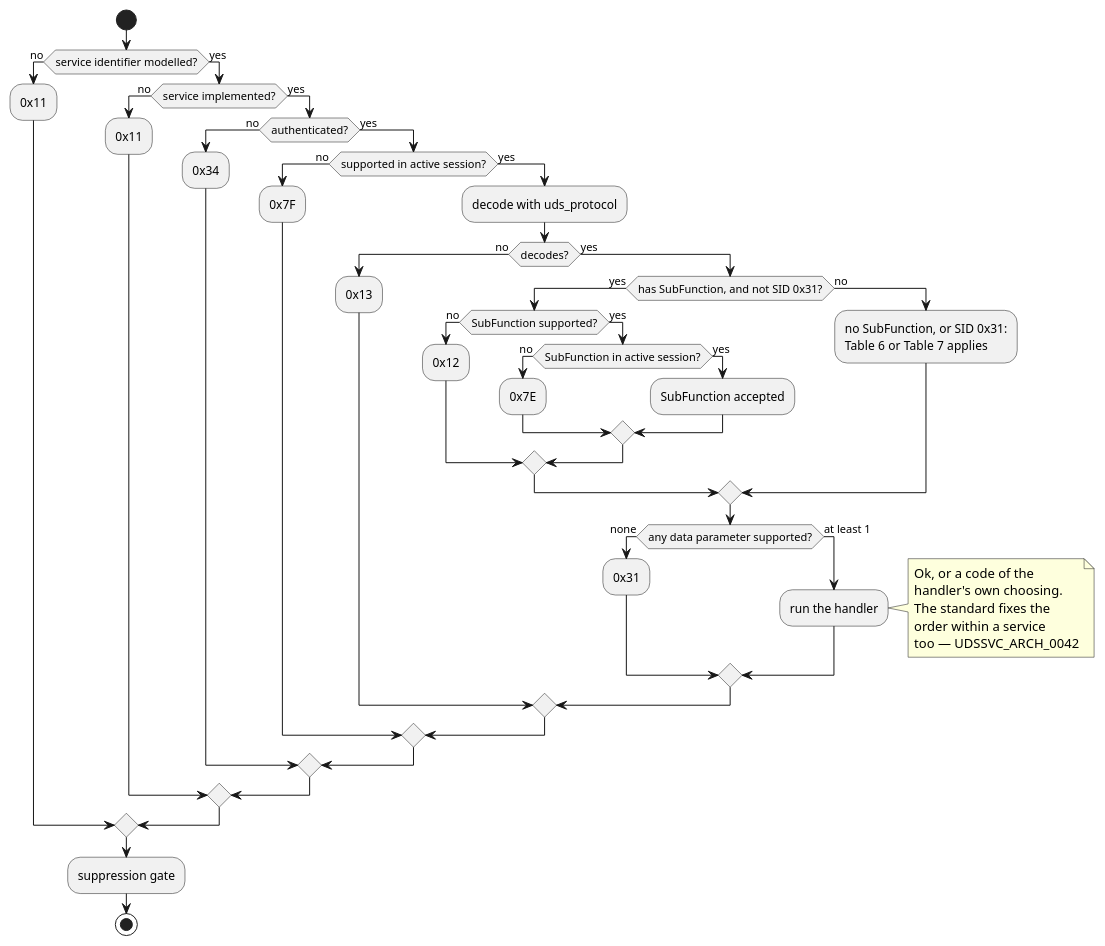
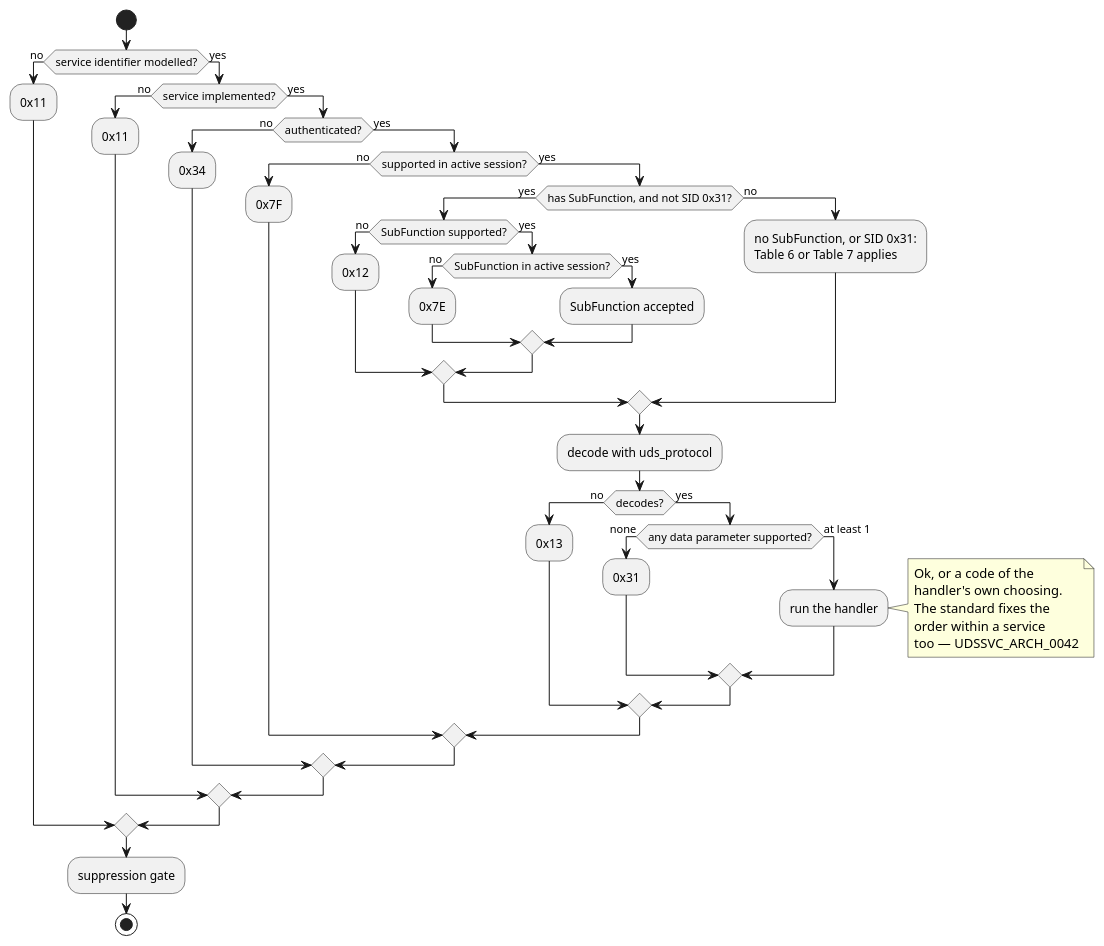
The second of 3 diagrams in docs/architecture/dispatch.rst (luminartech/uds_stack), drawn with PlantUML before and after one commit. The commit also changed other lines of this file and 2 other files, not shown here.

Commit message:
docs: state that step is not cancel-safe (#19) and fix the cascade diagram

```diff
--- a/docs/architecture/dispatch.rst
+++ b/docs/architecture/dispatch.rst
@@ -72,57 +72,57 @@
 .. uml::
    :align: center
    :caption: The mandatory path. Optional and manufacturer-specific checks
              (``UDSSVC_ARCH_0011``) are omitted; each attaches at a stated position.
 
    @startuml
    start
    if (service identifier modelled?) then (no)
      :0x11; <<negative>>
    else (yes)
      if (service implemented?) then (no)
        :0x11; <<negative>>
      else (yes)
        if (authenticated?) then (no)
          :0x34; <<negative>>
        else (yes)
          if (supported in active session?) then (no)
            :0x7F; <<negative>>
          else (yes)
+           if (has SubFunction, and not SID 0x31?) then (yes)
+             if (SubFunction supported?) then (no)
+               :0x12; <<negative>>
+             else (yes)
+               if (SubFunction in active session?) then (no)
+                 :0x7E; <<negative>>
+               else (yes)
+                 :SubFunction accepted;
+               endif
+             endif
+           else (no)
+             :no SubFunction, or SID 0x31:
+             Table 6 or Table 7 applies;
+           endif
            :decode with uds_protocol;
            if (decodes?) then (no)
              :0x13; <<negative>>
            else (yes)
-             if (has SubFunction, and not SID 0x31?) then (yes)
-               if (SubFunction supported?) then (no)
-                 :0x12; <<negative>>
-               else (yes)
-                 if (SubFunction in active session?) then (no)
-                   :0x7E; <<negative>>
-                 else (yes)
-                   :SubFunction accepted;
-                 endif
-               endif
-             else (no)
-               :no SubFunction, or SID 0x31:
-               Table 6 or Table 7 applies;
-             endif
              if (any data parameter supported?) then (none)
                :0x31; <<negative>>
              else (at least 1)
                :run the handler;
                note right
                  Ok, or a code of the
                  handler's own choosing.
                  The standard fixes the
                  order within a service
                  too — UDSSVC_ARCH_0042
                end note
              endif
            endif
          endif
        endif
      endif
    endif
    :suppression gate;
    stop
    @enduml
```
